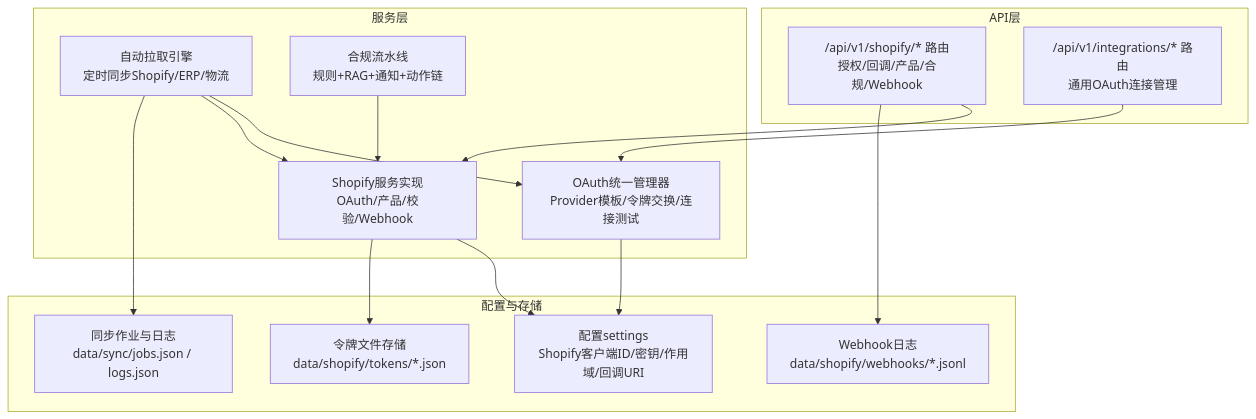
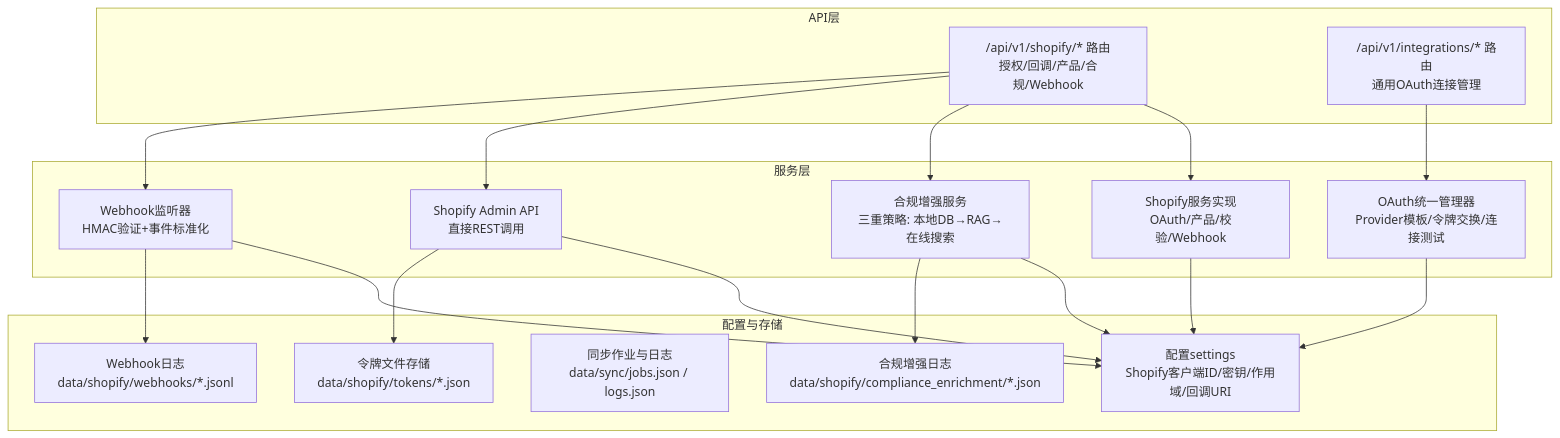
Before and after one commit to angledick/-: the first of 7 diagrams in .qoder/repowiki/zh/content/集成与扩展/Shopify集成.md, drawn with Mermaid. The commit also changed other lines of this file and 313 other files, not shown here.

````diff
--- a/.qoder/repowiki/zh/content/集成与扩展/Shopify集成.md
+++ b/.qoder/repowiki/zh/content/集成与扩展/Shopify集成.md
@@ -37,29 +49,34 @@
 ```mermaid
 graph TB
 subgraph "API层"
 A1["/api/v1/shopify/* 路由<br/>授权/回调/产品/合规/Webhook"]
 A2["/api/v1/integrations/* 路由<br/>通用OAuth连接管理"]
 end
 subgraph "服务层"
 S1["Shopify服务实现<br/>OAuth/产品/校验/Webhook"]
-S2["OAuth统一管理器<br/>Provider模板/令牌交换/连接测试"]
-S3["自动拉取引擎<br/>定时同步Shopify/ERP/物流"]
-S4["合规流水线<br/>规则+RAG+通知+动作链"]
+S3["合规增强服务<br/>三重策略: 本地DB→RAG→在线搜索"]
+S4["Shopify Admin API<br/>直接REST调用"]
+S5["Webhook监听器<br/>HMAC验证+事件标准化"]
+S6["OAuth统一管理器<br/>Provider模板/令牌交换/连接测试"]
 end
 subgraph "配置与存储"
 C1["配置settings<br/>Shopify客户端ID/密钥/作用域/回调URI"]
 D1["令牌文件存储<br/>data/shopify/tokens/*.json"]
 D2["同步作业与日志<br/>data/sync/jobs.json / logs.json"]
 D3["Webhook日志<br/>data/shopify/webhooks/*.jsonl"]
+D4["合规增强日志<br/>data/shopify/compliance_enrichment/*.json"]
 end
 A1 --> S1
-A2 --> S2
+A1 --> S3
+A1 --> S4
+A1 --> S5
+A2 --> S6
 S1 --> C1
-S2 --> C1
-S3 --> S2
-S3 --> S1
-S4 --> S1
-S1 --> D1
-S3 --> D2
-A1 --> D3
+S3 --> C1
+S4 --> C1
+S5 --> C1
+S6 --> C1
+S4 --> D1
+S3 --> D4
+S5 --> D3
 ```
````
